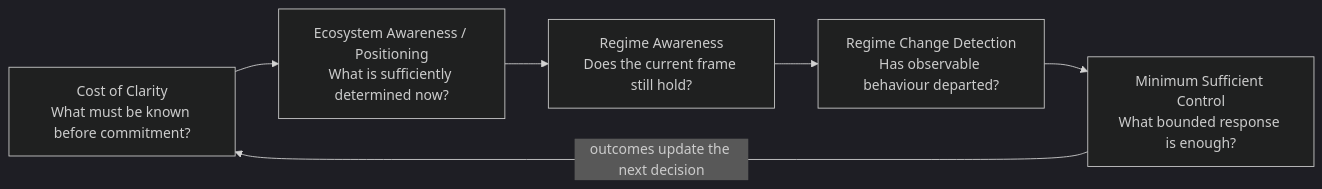
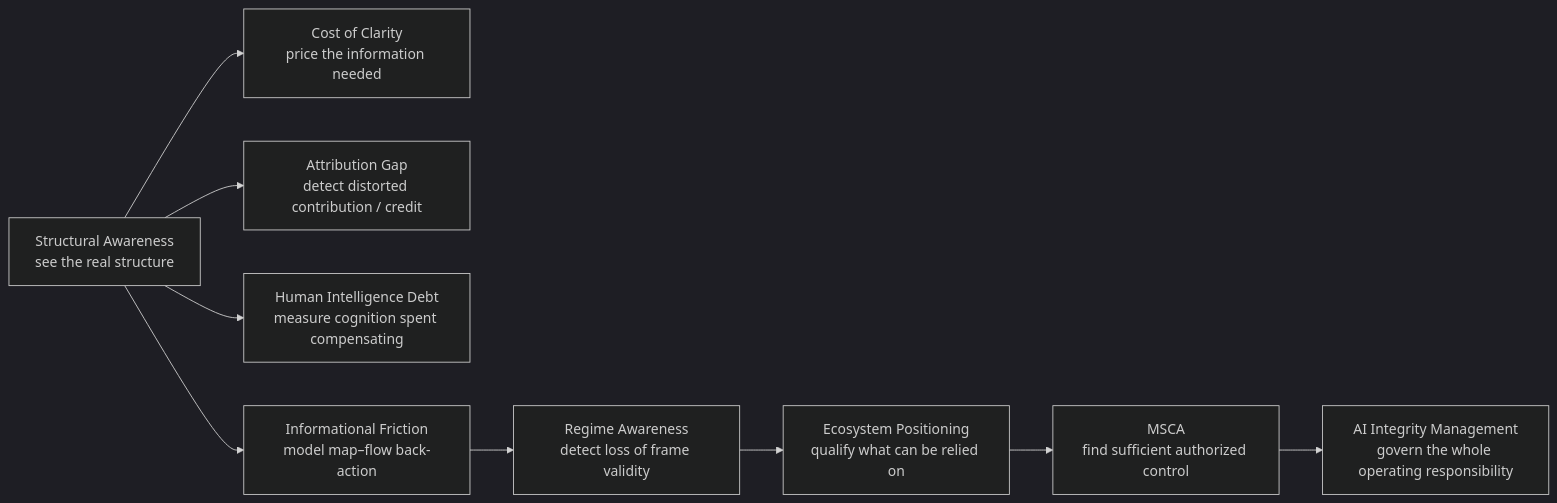
The diagram in README.md (dakleyer/structural-awareness-contributions), drawn with Mermaid (dark theme) before and after one commit. The commit also changed other lines of this file, not shown here.

Commit message:
Rebuild Structural Awareness README from programme concepts and series

````diff
--- a/README.md
+++ b/README.md
@@ -25,14 +276,23 @@
 ```mermaid
 flowchart LR
-    C[Cost of Clarity<br/>What must be known before commitment?]
-    E[Ecosystem Awareness / Positioning<br/>What is sufficiently determined now?]
-    R[Regime Awareness<br/>Does the current frame still hold?]
-    D[Regime Change Detection<br/>Has observable behaviour departed?]
-    M[Minimum Sufficient Control<br/>What bounded response is enough?]
+    SA[Structural Awareness<br/>see the real structure]
+    CC[Cost of Clarity<br/>price the information needed]
+    AG[Attribution Gap<br/>detect distorted contribution / credit]
+    HID[Human Intelligence Debt<br/>measure cognition spent compensating]
+    IF[Informational Friction<br/>model map–flow back-action]
 
-    C --> E
-    E --> R
-    R --> D
-    D --> M
-    M -->|outcomes update the next decision| C
+    RA[Regime Awareness<br/>detect loss of frame validity]
+    EA[Ecosystem Positioning<br/>qualify what can be relied on]
+    MSCA[MSCA<br/>find sufficient authorized control]
+    AIM[AI Integrity Management<br/>govern the whole operating responsibility]
+
+    SA --> CC
+    SA --> AG
+    SA --> HID
+    SA --> IF
+
+    IF --> RA
+    RA --> EA
+    EA --> MSCA
+    MSCA --> AIM
 ```
````
